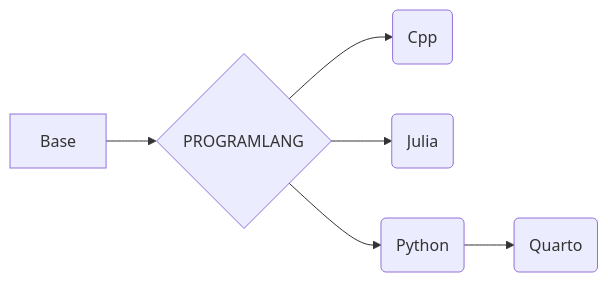
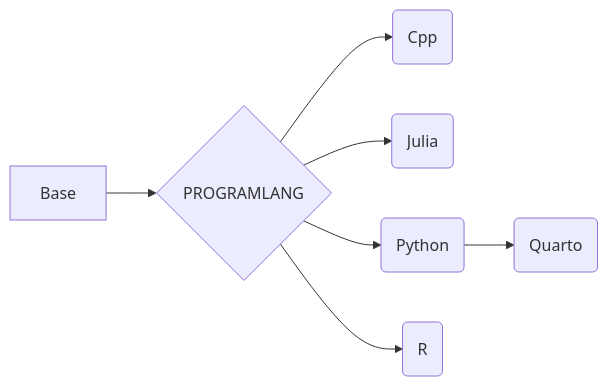
One commit to ben0i0d/Denv changed the diagram in README.md. Above: the diagram before and after it, drawn with Mermaid. The commit also changed 2 other files, not shown here.

````diff
--- a/README.md
+++ b/README.md
@@ -28,7 +28,8 @@
 ```mermaid
 graph LR
 Base-->PROGRAM{PROGRAMLANG}
 PROGRAM-->PA(Cpp)
 PROGRAM-->PB(Julia)
 PROGRAM-->PC(Python)-->PCA(Quarto)
+PROGRAM-->PD(R)
 ```
````
